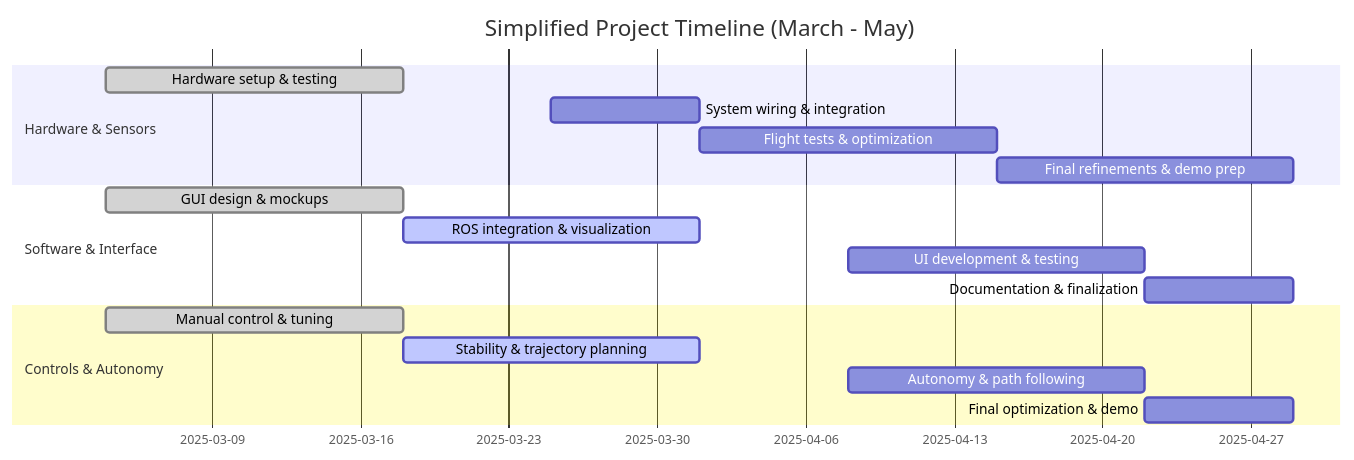
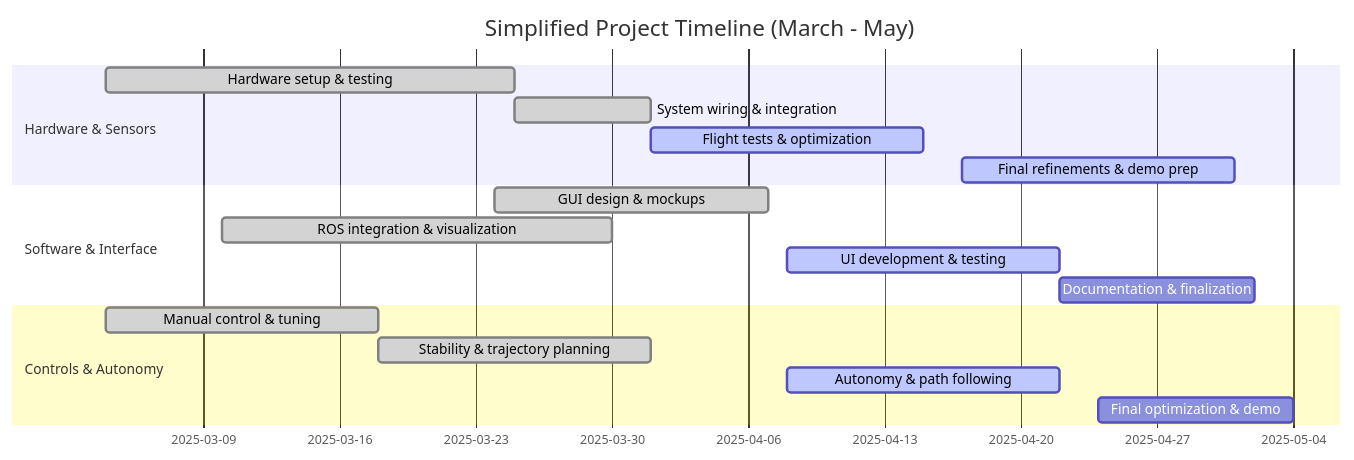
The diagram in docs/gantt.md (RAS598-2025-S-Team03/RAS598-2025-S-Team03.github.io), drawn with Mermaid before and after one commit. The commit also changed other lines of this file, not shown here.

Commit message:
Updated Gantt Chart page

````diff
--- a/docs/gantt.md
+++ b/docs/gantt.md
@@ -57,24 +5,24 @@
 ```mermaid
 %%{init: {'themeVariables': {'opacity': '1'}}}%%
 gantt
     title Simplified Project Timeline (March - May)
     dateFormat  YYYY-MM-DD
 
     section Hardware & Sensors
-    Hardware setup & testing       :done, 2025-03-04, 14d
-    System wiring & integration    :2025-03-25, 7d
-    Flight tests & optimization    :2025-04-01, 14d
-    Final refinements & demo prep  :2025-04-15, 14d
-    
+    Hardware setup & testing       :done,   2025-03-04, 21d
+    System wiring & integration    :done,   2025-03-25, 7d
+    Flight tests & optimization    :active, 2025-04-01, 14d
+    Final refinements & demo prep  :active, 2025-04-17, 14d
+
     section Software & Interface
-    GUI design & mockups           :done, 2025-03-04, 14d
-    ROS integration & visualization:active, 2025-03-18, 14d
-    UI development & testing       :2025-04-08, 14d
-    Documentation & finalization   :2025-04-22, 7d
+    GUI design & mockups           :done,   2025-03-24, 14d
+    ROS integration & visualization:done,   2025-03-10, 20d
+    UI development & testing       :active, 2025-04-08, 14d
+    Documentation & finalization   :planned, 2025-04-22, 10d
 
     section Controls & Autonomy
-    Manual control & tuning        :done, 2025-03-04, 14d
-    Stability & trajectory planning:active, 2025-03-18, 14d
-    Autonomy & path following      :2025-04-08, 14d
-    Final optimization & demo      :2025-04-22, 7d
+    Manual control & tuning        :done,   2025-03-04, 14d
+    Stability & trajectory planning:done,   2025-03-18, 14d
+    Autonomy & path following      :active, 2025-04-08, 14d
+    Final optimization & demo      :planned, 2025-04-24, 10d
 ```
````
